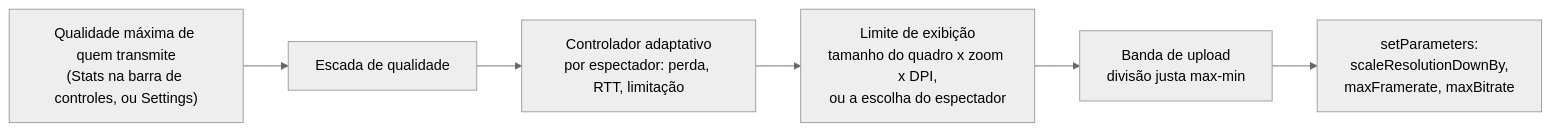
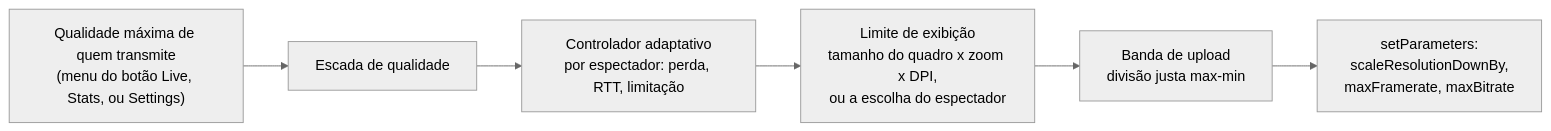
The third of 6 diagrams in docs/pt-BR/media-pipeline.md (nsfxu/lan-screenshare), drawn with Mermaid (neutral theme) before and after one commit. The commit also changed 17 other files, not shown here.

````diff
--- a/docs/pt-BR/media-pipeline.md
+++ b/docs/pt-BR/media-pipeline.md
@@ -107,8 +107,8 @@
 ```mermaid
 flowchart LR
-  A["Qualidade máxima de quem transmite<br/>(Stats na barra de controles, ou Settings)"] --> L["Escada de qualidade"]
+  A["Qualidade máxima de quem transmite<br/>(menu do botão Live, Stats, ou Settings)"] --> L["Escada de qualidade"]
   L --> B["Controlador adaptativo<br/>por espectador: perda, RTT, limitação"]
   B --> C["Limite de exibição<br/>tamanho do quadro x zoom x DPI,<br/>ou a escolha do espectador"]
   C --> D["Banda de upload<br/>divisão justa max-min"]
   D --> E["setParameters:<br/>scaleResolutionDownBy,<br/>maxFramerate, maxBitrate"]
 ```
````
